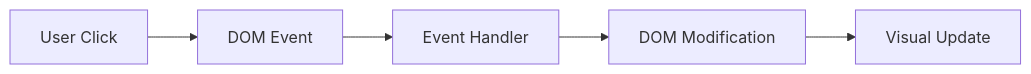
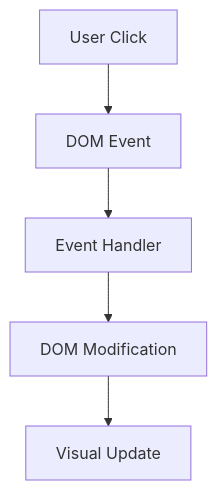
Before and after one commit to bytetunnels/bytetunnels.github.com: the third of 3 diagrams in _posts/2025-05-11-the-dom-in-real-terms-how-browsers-see-websites.md, drawn with Mermaid. The commit also changed 25 other files, not shown here.

Commit message:
chore: fixed mermaid charts

````diff
--- a/_posts/2025-05-11-the-dom-in-real-terms-how-browsers-see-websites.md
+++ b/_posts/2025-05-11-the-dom-in-real-terms-how-browsers-see-websites.md
@@ -214,7 +214,8 @@
 ```mermaid
-graph LR
-    A[User Click] --> B[DOM Event]
+graph TD
+    A[User Click]
+    A --> B[DOM Event]
     B --> C[Event Handler]
     C --> D[DOM Modification]
     D --> E[Visual Update]
 ```
````
